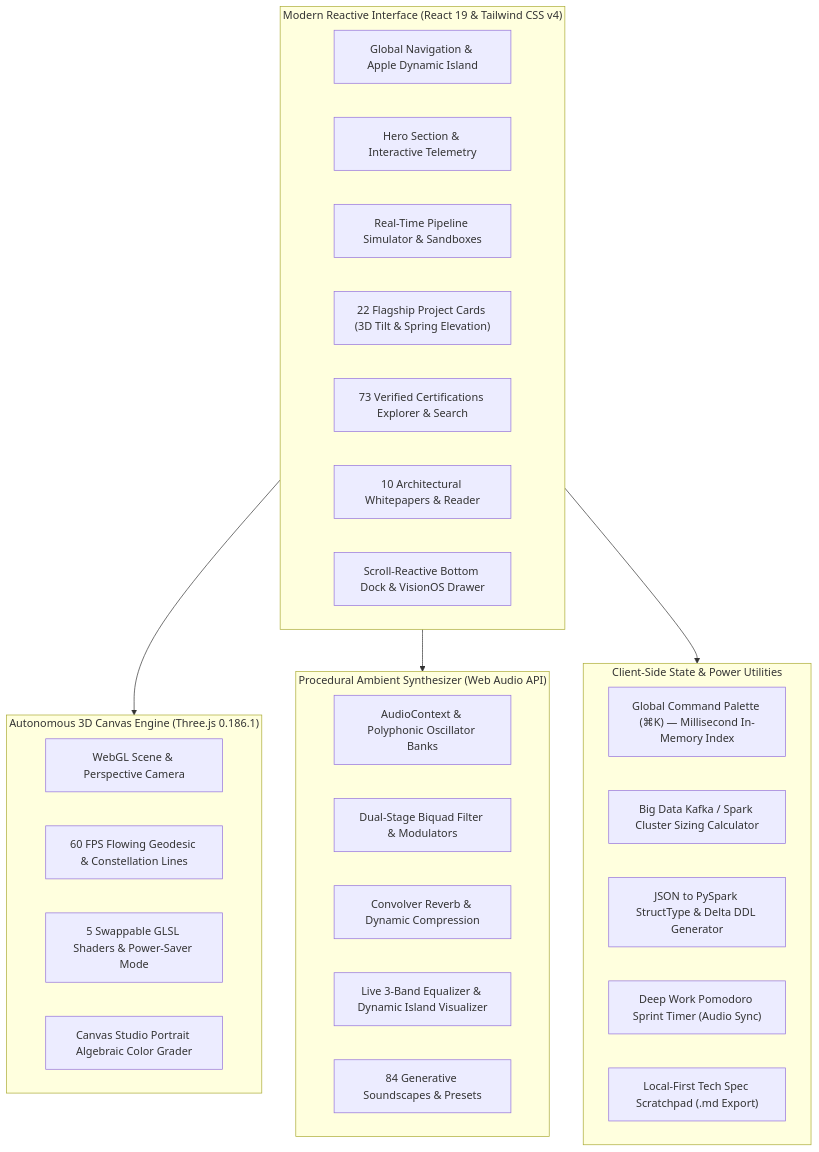
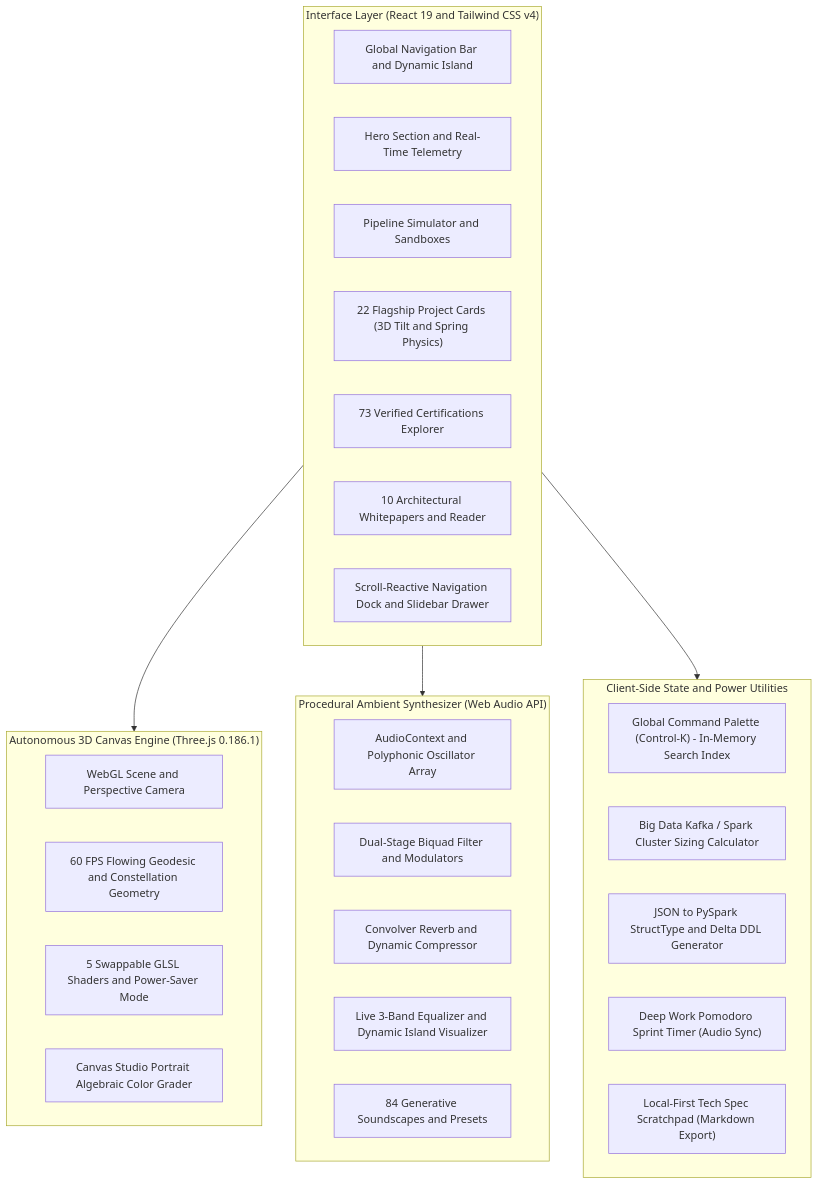
One commit to Ahmedbakr78/Portfolio changed the first of 8 diagrams in README.md. Above: the diagram before and after it, drawn with Mermaid. The commit also changed other lines of this file and 4 other files, not shown here.

Commit message:
docs: remove all emojis and expand comprehensive architectural documentation and whitepapers

````diff
--- a/README.md
+++ b/README.md
@@ -74,39 +77,39 @@
 ```mermaid
 flowchart TD
-    subgraph UI_Layer ["Modern Reactive Interface (React 19 & Tailwind CSS v4)"]
-        Nav["Global Navigation & Apple Dynamic Island"]
-        Hero["Hero Section & Interactive Telemetry"]
-        Sim["Real-Time Pipeline Simulator & Sandboxes"]
-        Proj["22 Flagship Project Cards (3D Tilt & Spring Elevation)"]
-        Cert["73 Verified Certifications Explorer & Search"]
-        Articles["10 Architectural Whitepapers & Reader"]
-        Dock["Scroll-Reactive Bottom Dock & VisionOS Drawer"]
+    subgraph UI_Layer ["Interface Layer (React 19 and Tailwind CSS v4)"]
+        Nav["Global Navigation Bar and Dynamic Island"]
+        Hero["Hero Section and Real-Time Telemetry"]
+        Sim["Pipeline Simulator and Sandboxes"]
+        Proj["22 Flagship Project Cards (3D Tilt and Spring Physics)"]
+        Cert["73 Verified Certifications Explorer"]
+        Articles["10 Architectural Whitepapers and Reader"]
+        Dock["Scroll-Reactive Navigation Dock and Slidebar Drawer"]
     end
 
     subgraph Graphics_Engine ["Autonomous 3D Canvas Engine (Three.js 0.186.1)"]
-        Scene["WebGL Scene & Perspective Camera"]
-        Geodesic["60 FPS Flowing Geodesic & Constellation Lines"]
-        Shaders["5 Swappable GLSL Shaders & Power-Saver Mode"]
+        Scene["WebGL Scene and Perspective Camera"]
+        Geodesic["60 FPS Flowing Geodesic and Constellation Geometry"]
+        Shaders["5 Swappable GLSL Shaders and Power-Saver Mode"]
         Unmixing["Canvas Studio Portrait Algebraic Color Grader"]
     end
 
     subgraph Audio_Engine ["Procedural Ambient Synthesizer (Web Audio API)"]
-        AudioCtx["AudioContext & Polyphonic Oscillator Banks"]
-        Biquad["Dual-Stage Biquad Filter & Modulators"]
-        Reverb["Convolver Reverb & Dynamic Compression"]
-        Equalizer["Live 3-Band Equalizer & Dynamic Island Visualizer"]
-        SoundBank["84 Generative Soundscapes & Presets"]
+        AudioCtx["AudioContext and Polyphonic Oscillator Array"]
+        Biquad["Dual-Stage Biquad Filter and Modulators"]
+        Reverb["Convolver Reverb and Dynamic Compressor"]
+        Equalizer["Live 3-Band Equalizer and Dynamic Island Visualizer"]
+        SoundBank["84 Generative Soundscapes and Presets"]
     end
 
-    subgraph Core_Services ["Client-Side State & Power Utilities"]
-        CmdK["Global Command Palette (⌘K) — Millisecond In-Memory Index"]
+    subgraph Core_Services ["Client-Side State and Power Utilities"]
+        CmdK["Global Command Palette (Control-K) - In-Memory Search Index"]
         ClusterCalc["Big Data Kafka / Spark Cluster Sizing Calculator"]
-        PySparkGen["JSON to PySpark StructType & Delta DDL Generator"]
+        PySparkGen["JSON to PySpark StructType and Delta DDL Generator"]
         Pomodoro["Deep Work Pomodoro Sprint Timer (Audio Sync)"]
-        MarkdownPad["Local-First Tech Spec Scratchpad (.md Export)"]
+        MarkdownPad["Local-First Tech Spec Scratchpad (Markdown Export)"]
     end
 
     UI_Layer --> Graphics_Engine
     UI_Layer --> Audio_Engine
     UI_Layer --> Core_Services
 ```
````
